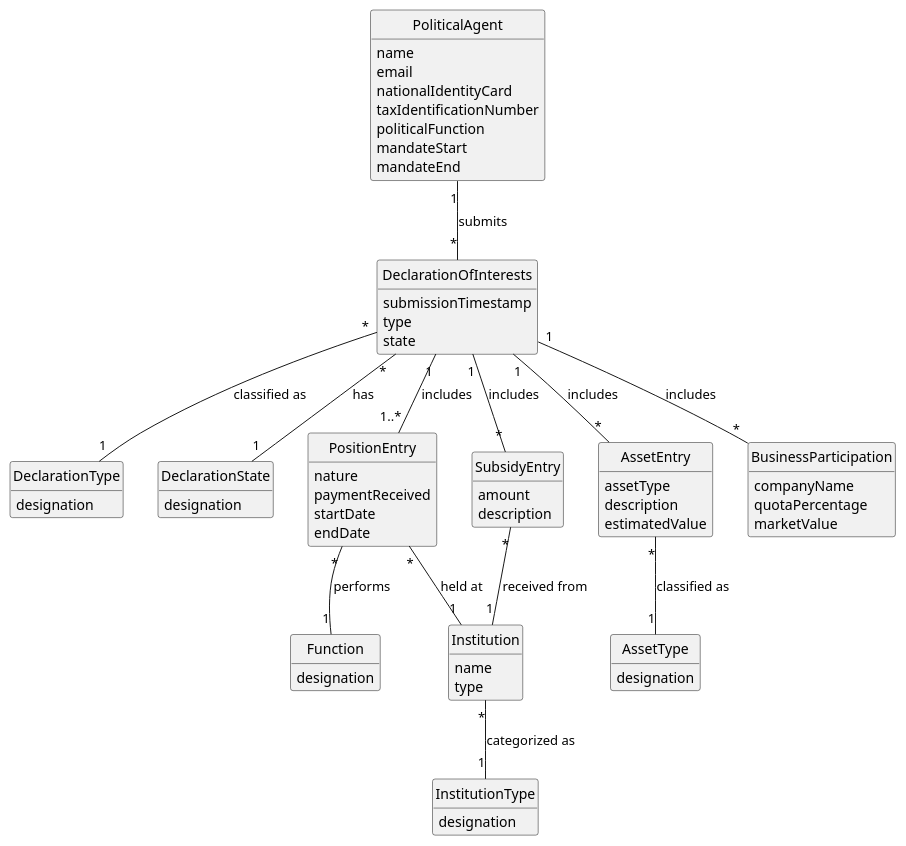
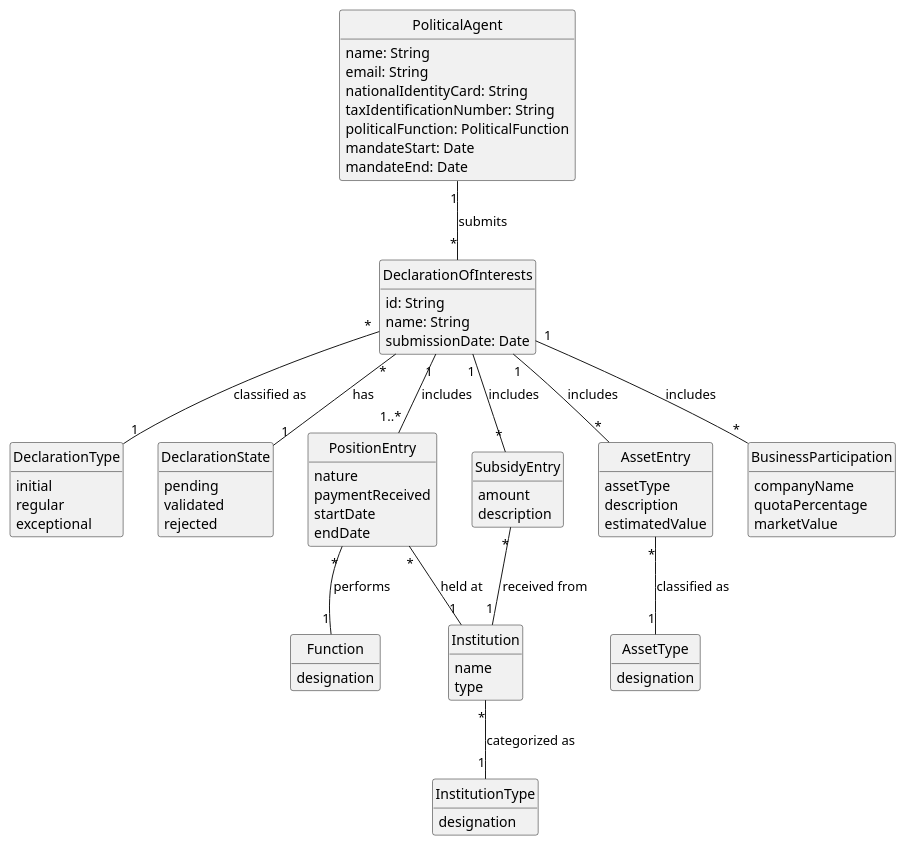
Before and after one commit to brunodspinto/crystal-clear-platform: the diagram in docs/system-documentation/US06/02.analysis/puml/US06-DM.puml, drawn with PlantUML. The commit also changed 3 other files, not shown here.

```diff
--- a/docs/system-documentation/US06/02.analysis/puml/US06-DM.puml
+++ b/docs/system-documentation/US06/02.analysis/puml/US06-DM.puml
@@ -1,100 +1,104 @@
 @startuml
 skinparam monochrome true
 skinparam packageStyle rectangle
 skinparam shadowing false
 
 skinparam classAttributeIconSize 0
 
 hide circle
 hide methods
 
 class PoliticalAgent {
-    name
-    email
-    nationalIdentityCard
-    taxIdentificationNumber
-    politicalFunction
-    mandateStart
-    mandateEnd
+    name: String
+    email: String
+    nationalIdentityCard: String
+    taxIdentificationNumber: String
+    politicalFunction: PoliticalFunction
+    mandateStart: Date
+    mandateEnd: Date
 }
 
 class DeclarationOfInterests {
-    submissionTimestamp
-    type
-    state
+    id: String
+    name: String
+    submissionDate: Date
 }
 
 class DeclarationType {
-    designation
+    initial
+    regular
+    exceptional
 }
 
 class DeclarationState {
-    designation
+    pending
+        validated
+        rejected
 }
 
 class PositionEntry {
     nature
     paymentReceived
     startDate
     endDate
 }
 
 class Function {
     designation
 }
 
 class Institution {
     name
     type
 }
 
 class InstitutionType {
     designation
 }
 
 class SubsidyEntry {
     amount
     description
 }
 
 class AssetEntry {
     assetType
     description
     estimatedValue
 }
 
 class AssetType {
     designation
 }
 
 class BusinessParticipation {
     companyName
     quotaPercentage
     marketValue
 }
 
 PoliticalAgent "1" -- "*" DeclarationOfInterests : submits
 
 DeclarationOfInterests "*" -- "1" DeclarationType : classified as
 
 DeclarationOfInterests "*" -- "1" DeclarationState : has
 
 DeclarationOfInterests "1" -- "1..*" PositionEntry : includes
 
 DeclarationOfInterests "1" -- "*" SubsidyEntry : includes
 
 DeclarationOfInterests "1" -- "*" AssetEntry : includes
 
 DeclarationOfInterests "1" -- "*" BusinessParticipation : includes
 
 PositionEntry "*" -- "1" Institution : held at
 
 PositionEntry "*" -- "1" Function : performs
 
 Institution "*" -- "1" InstitutionType : categorized as
 
 SubsidyEntry "*" -- "1" Institution : received from
 
 AssetEntry "*" -- "1" AssetType : classified as
 
 @enduml
```
